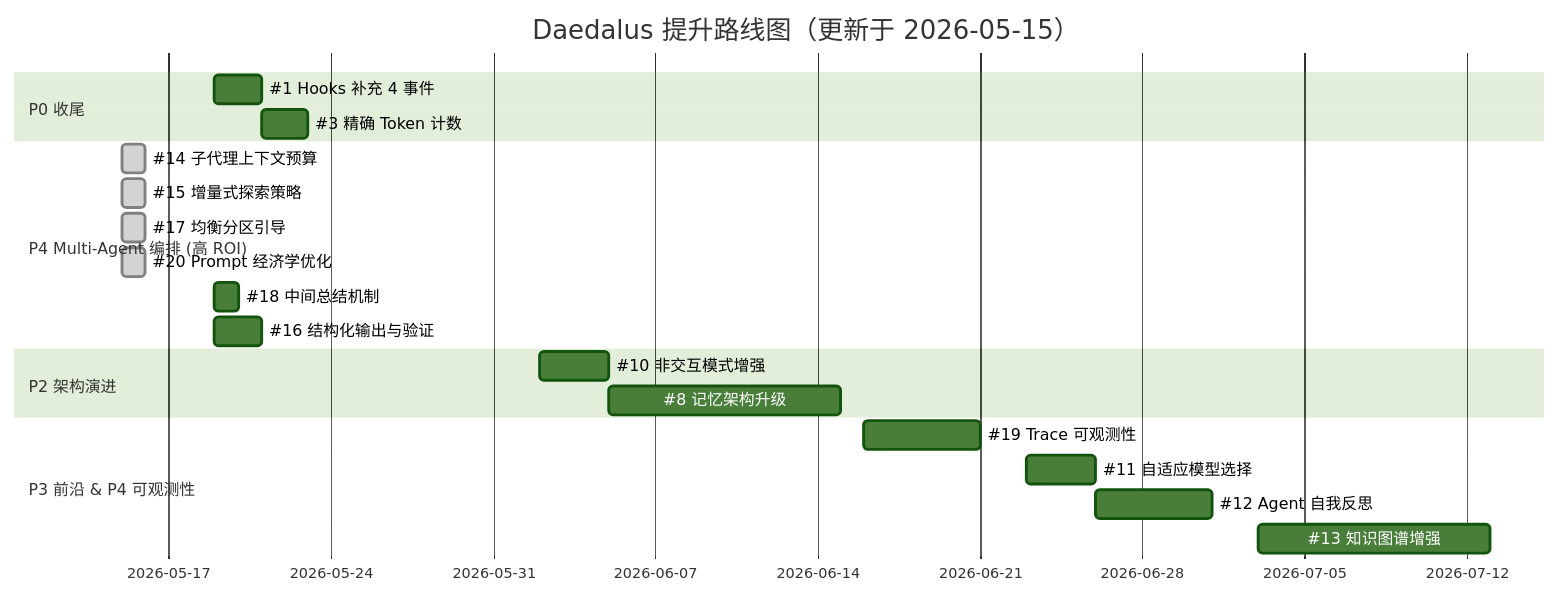
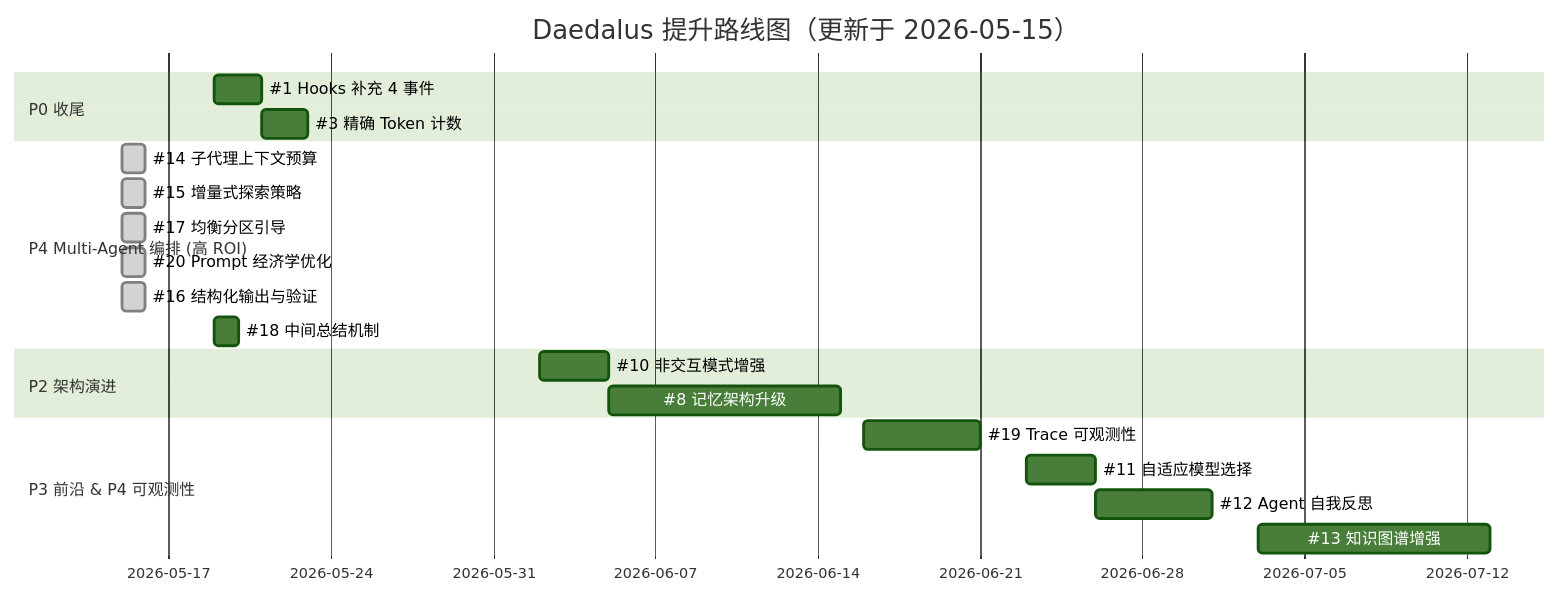
Before and after one commit to darkinsky/daedalus: the first of 2 diagrams in docs/design/improvement-roadmap-2026-05.md, drawn with Mermaid (forest theme). The commit also changed other lines of this file and 21 other files, not shown here.

````diff
--- a/docs/design/improvement-roadmap-2026-05.md
+++ b/docs/design/improvement-roadmap-2026-05.md
@@ -1000,27 +1013,27 @@
 ```mermaid
 gantt
     title Daedalus 提升路线图（更新于 2026-05-15）
     dateFormat  YYYY-MM-DD
 
     section P0 收尾
     #1 Hooks 补充 4 事件     :p0_1, 2026-05-19, 2d
     #3 精确 Token 计数       :p0_3, 2026-05-21, 2d
 
     section P4 Multi-Agent 编排 (高 ROI)
     #14 子代理上下文预算     :done, p4_14, 2026-05-15, 1d
     #15 增量式探索策略       :done, p4_15, 2026-05-15, 1d
     #17 均衡分区引导         :done, p4_17, 2026-05-15, 1d
     #20 Prompt 经济学优化    :done, p4_20, 2026-05-15, 1d
+    #16 结构化输出与验证     :done, p4_16, 2026-05-15, 1d
     #18 中间总结机制         :p4_18, 2026-05-19, 1d
-    #16 结构化输出与验证     :p4_16, 2026-05-19, 2d
 
     section P2 架构演进
     #10 非交互模式增强       :p2_10, 2026-06-02, 3d
     #8 记忆架构升级          :p2_8, 2026-06-05, 10d
 
     section P3 前沿 & P4 可观测性
     #19 Trace 可观测性       :p4_19, 2026-06-16, 5d
     #11 自适应模型选择       :p3_11, 2026-06-23, 3d
     #12 Agent 自我反思       :p3_12, 2026-06-26, 5d
     #13 知识图谱增强         :p3_13, 2026-07-03, 10d
 ```
````
